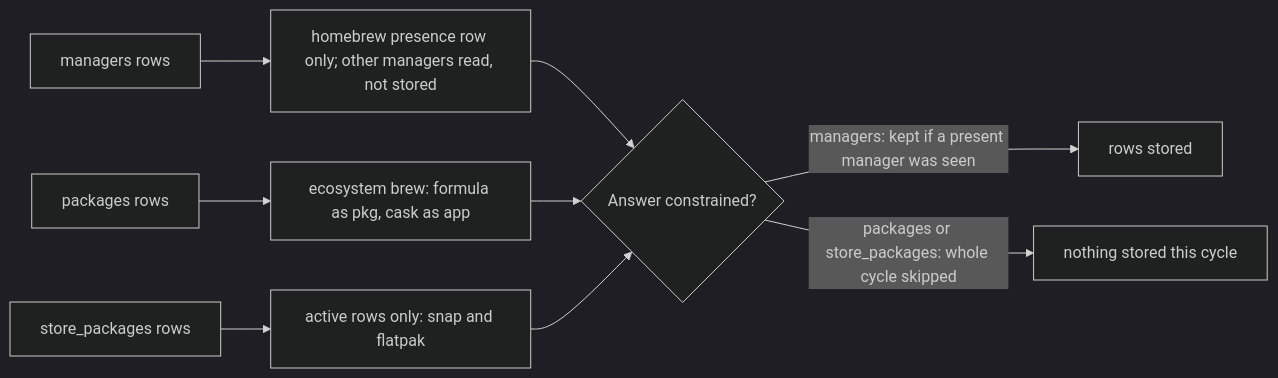
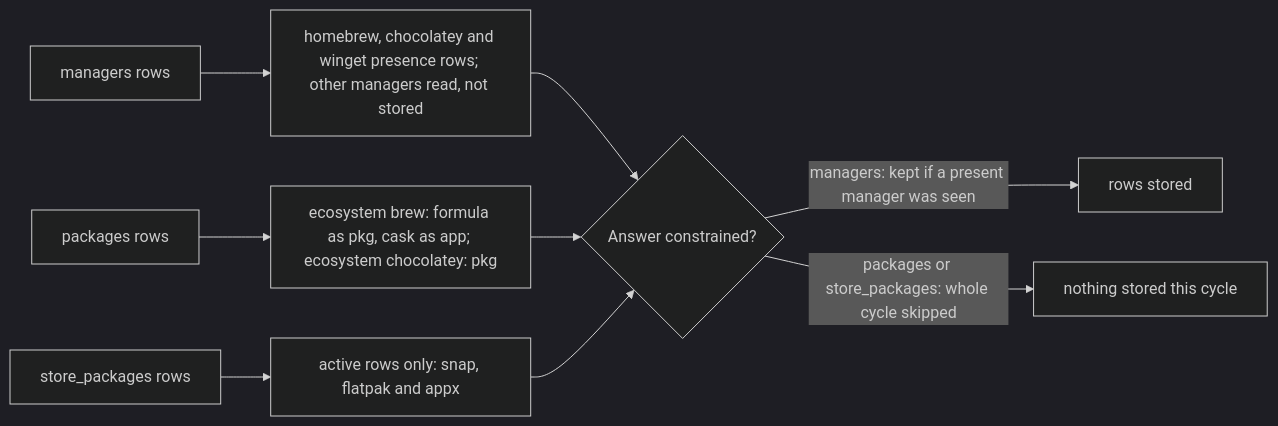
The third of 3 diagrams in agents/plugins/pkg_inventory/README.md (DevNullLtd/Yuzu), drawn with Mermaid (dark theme) before and after one commit. The commit also changed other lines of this file and 26 other files, not shown here.

Commit message:
pkg_inventory: Windows Appx, chocolatey and winget legs mapped into installed_software

````diff
--- a/agents/plugins/pkg_inventory/README.md
+++ b/agents/plugins/pkg_inventory/README.md
@@ -72,11 +72,11 @@
 ```mermaid
 flowchart LR
-  M["managers rows"] --> M1["homebrew presence row only; other managers read, not stored"]
-  P["packages rows"] --> P1["ecosystem brew: formula as pkg, cask as app"]
-  X["store_packages rows"] --> X1["active rows only: snap and flatpak"]
+  M["managers rows"] --> M1["homebrew, chocolatey and winget presence rows; other managers read, not stored"]
+  P["packages rows"] --> P1["ecosystem brew: formula as pkg, cask as app; ecosystem chocolatey: pkg"]
+  X["store_packages rows"] --> X1["active rows only: snap, flatpak and appx"]
   M1 --> G{"Answer constrained?"}
   P1 --> G
   X1 --> G
   G -->|"managers: kept if a present manager was seen"| K["rows stored"]
   G -->|"packages or store_packages: whole cycle skipped"| Q["nothing stored this cycle"]
 ```
````
